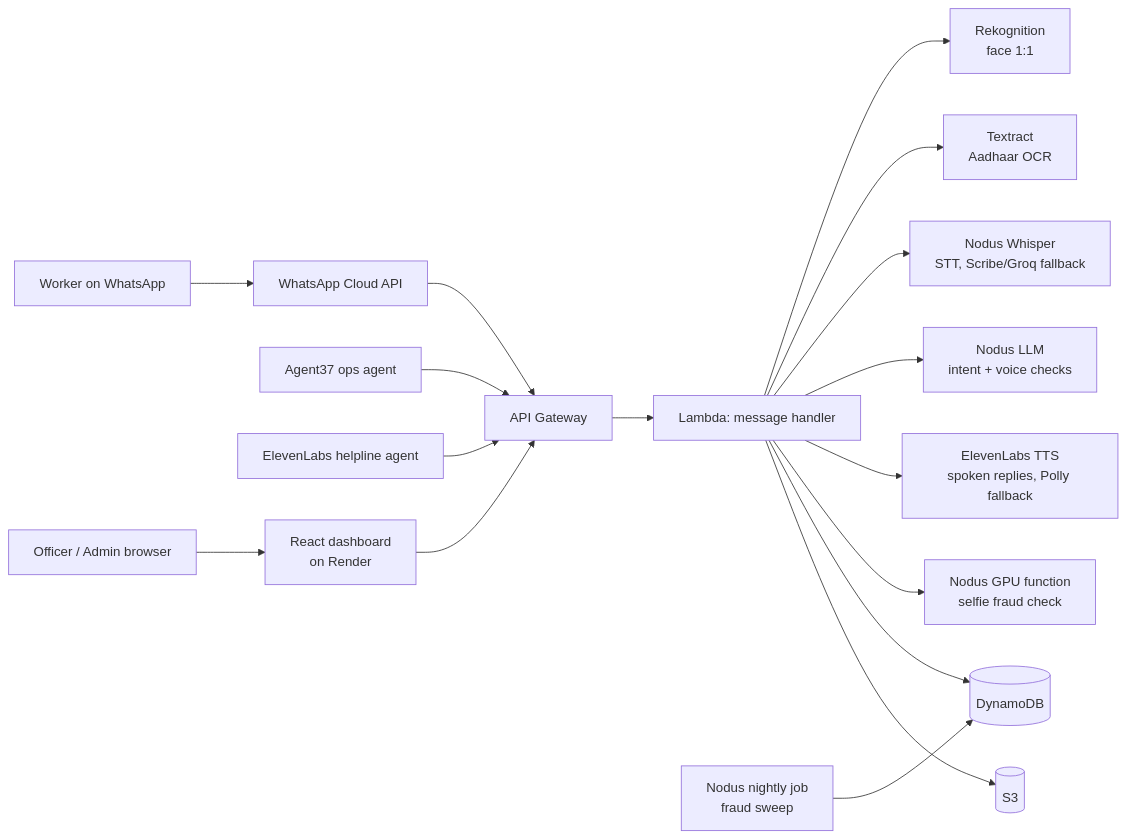
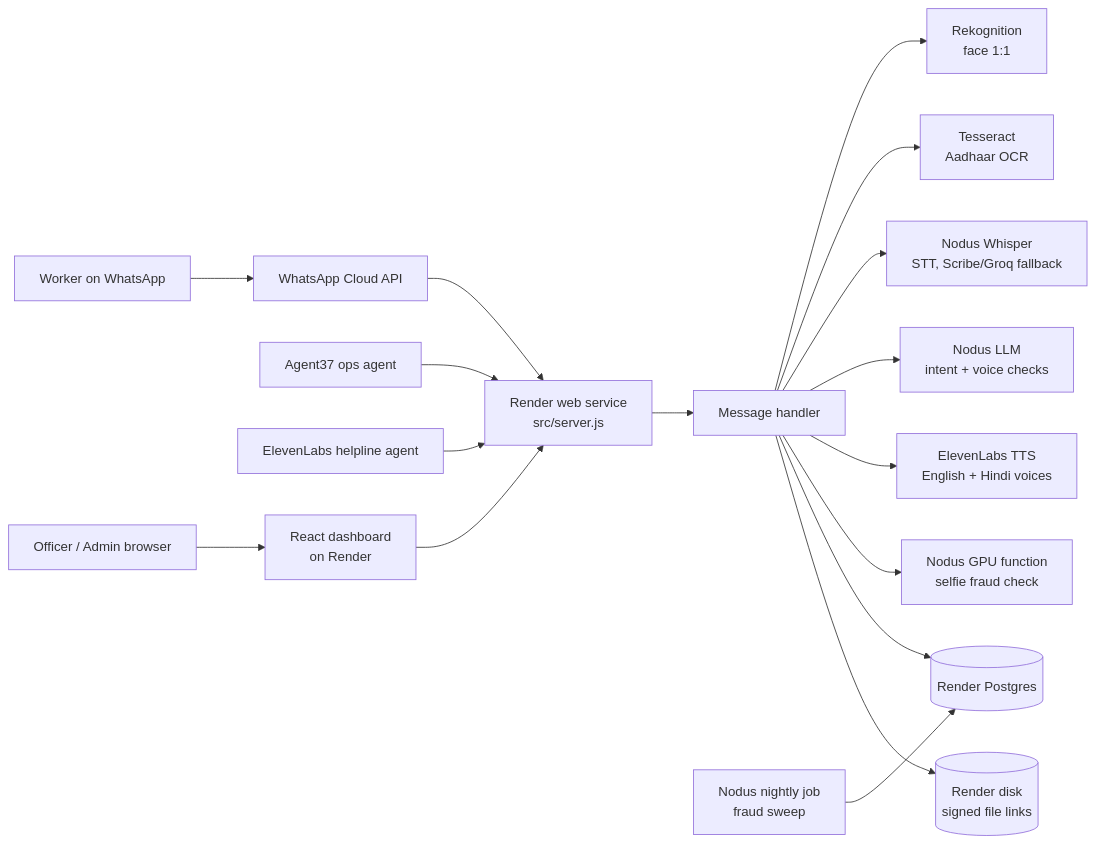
The diagram in README.md (LowkeyShehz/Hackyard-Strawhats), drawn with Mermaid before and after one commit. The commit also changed other lines of this file and 8 other files, not shown here.

First line of the commit message:
ci(render): Postgres and disk on Render; sweep and seed follow the backend

````diff
--- a/README.md
+++ b/README.md
@@ -39,21 +39,21 @@
 ```mermaid
 flowchart LR
     W[Worker on WhatsApp] --> M[WhatsApp Cloud API]
-    M --> G[API Gateway]
-    G --> H[Lambda: message handler]
+    M --> G[Render web service<br/>src/server.js]
+    G --> H[Message handler]
     H --> R[Rekognition<br/>face 1:1]
-    H --> T[Textract<br/>Aadhaar OCR]
+    H --> T[Tesseract<br/>Aadhaar OCR]
     H --> S[Nodus Whisper<br/>STT, Scribe/Groq fallback]
     H --> L[Nodus LLM<br/>intent + voice checks]
-    H --> P[ElevenLabs TTS<br/>spoken replies, Polly fallback]
+    H --> P[ElevenLabs TTS<br/>English + Hindi voices]
     H --> F[Nodus GPU function<br/>selfie fraud check]
     J[Nodus nightly job<br/>fraud sweep] --> D
     AG[Agent37 ops agent] --> G
     EL[ElevenLabs helpline agent] --> G
-    H --> D[(DynamoDB)]
-    H --> B[(S3)]
+    H --> D[(Render Postgres)]
+    H --> B[(Render disk<br/>signed file links)]
     O[Officer / Admin browser] --> A[React dashboard<br/>on Render]
     A --> G
 
 
 ```
````
